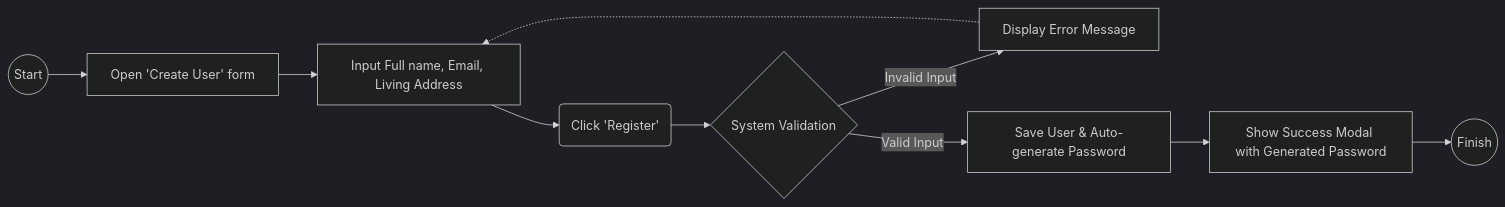
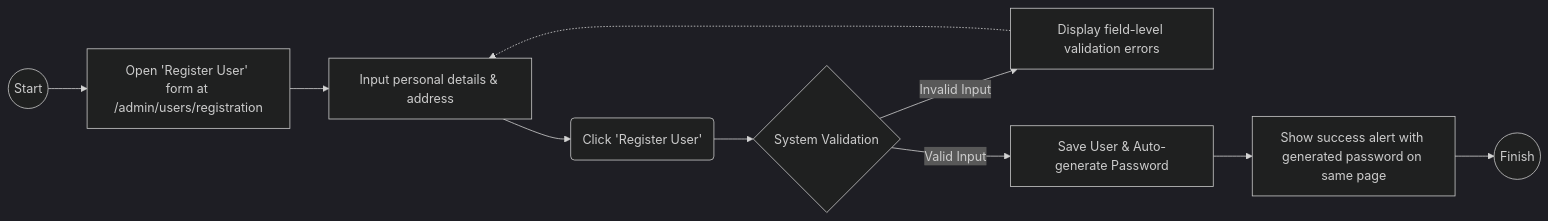
Before and after one commit to m000gg/unit-billing: the first of 2 diagrams in docs/features/admin-app/user-registration-1.md, drawn with Mermaid (dark theme). The commit also changed other lines of this file, not shown here.

Commit message:
(#18) updated user registration documentation

````diff
--- a/docs/features/admin-app/user-registration-1.md
+++ b/docs/features/admin-app/user-registration-1.md
@@ -29,14 +30,14 @@
 ```mermaid
 flowchart LR
-    Start((Start)) --> OpenForm[Open 'Create User' form]
-    OpenForm --> FillData[Input Full name, Email, Living Address]
-    FillData --> Submit(Click 'Register')
+    Start((Start)) --> OpenForm[Open 'Register User' form at /admin/users/registration]
+    OpenForm --> FillData[Input personal details & address]
+    FillData --> Submit(Click 'Register User')
     Submit --> Validate{System Validation}
-    
-    Validate -- Invalid Input --> ShowError[Display Error Message]
+
+    Validate -- Invalid Input --> ShowError[Display field-level validation errors]
     ShowError -.-> FillData
-    
+
     Validate -- Valid Input --> Generate[Save User & Auto-generate Password]
-    Generate --> ShowPassword[Show Success Modal with Generated Password]
+    Generate --> ShowPassword[Show success alert with generated password on same page]
     ShowPassword --> End((Finish))
 ```
````
